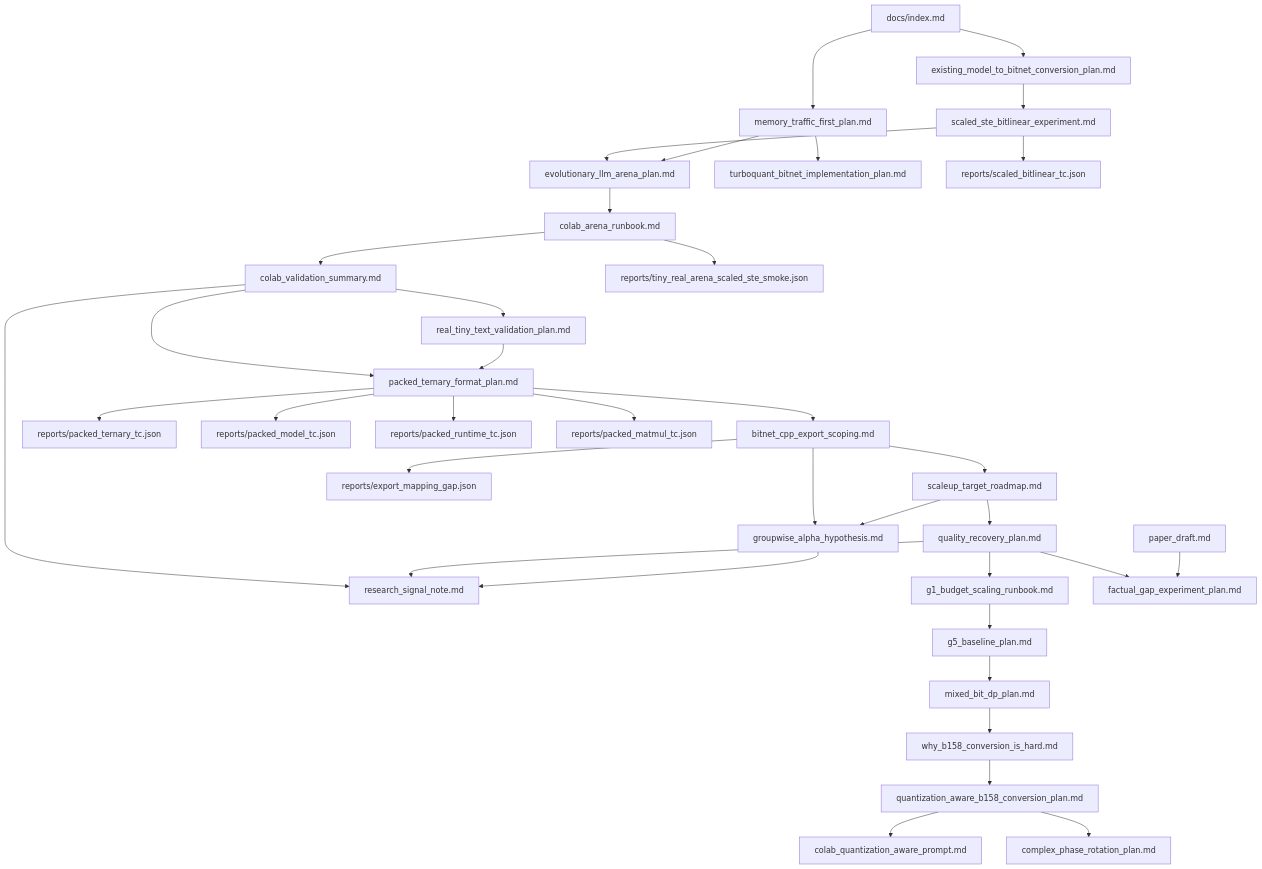
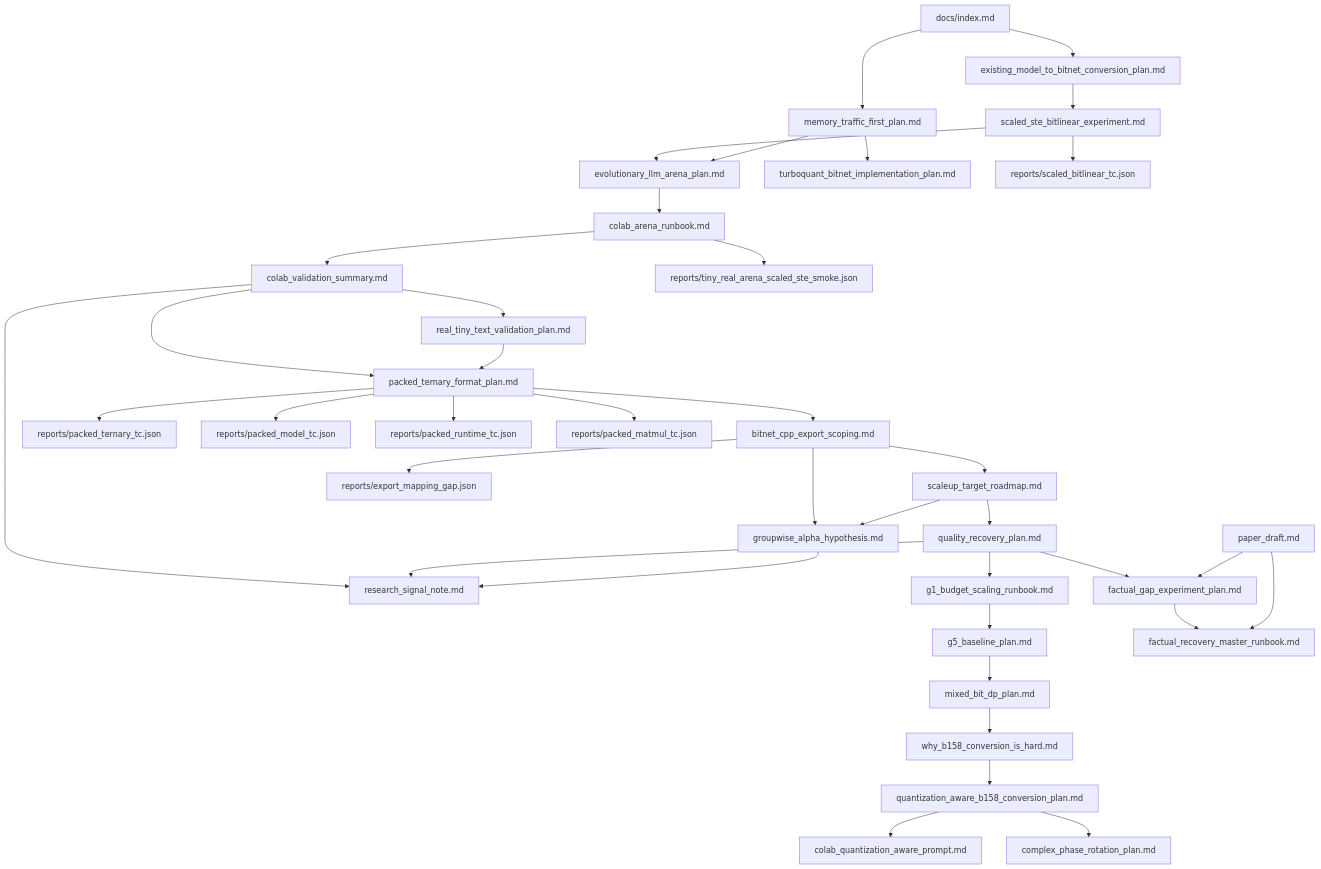
Before and after one commit to gtpk/BitNet-Transformers: the diagram in docs/index.md, drawn with Mermaid. The commit also changed other lines of this file and 2 other files, not shown here.

Commit message:
Plan factual recovery execution runbook

````diff
--- a/docs/index.md
+++ b/docs/index.md
@@ -232,38 +234,40 @@
 ```mermaid
 flowchart TD
   A["docs/index.md"] --> B["memory_traffic_first_plan.md"]
   A --> C["existing_model_to_bitnet_conversion_plan.md"]
   C --> D["scaled_ste_bitlinear_experiment.md"]
   D --> E["evolutionary_llm_arena_plan.md"]
   E --> F["colab_arena_runbook.md"]
   F --> J["colab_validation_summary.md"]
   J --> K["real_tiny_text_validation_plan.md"]
   J --> L["research_signal_note.md"]
   J --> M["packed_ternary_format_plan.md"]
   K --> M["packed_ternary_format_plan.md"]
   M --> R["bitnet_cpp_export_scoping.md"]
   R --> U["scaleup_target_roadmap.md"]
   U --> V["quality_recovery_plan.md"]
   V --> W["g1_budget_scaling_runbook.md"]
   W --> X["g5_baseline_plan.md"]
   X --> Y["mixed_bit_dp_plan.md"]
   Y --> Z["why_b158_conversion_is_hard.md"]
   Z --> QA["quantization_aware_b158_conversion_plan.md"]
   QA --> QP["colab_quantization_aware_prompt.md"]
   QA --> PR["complex_phase_rotation_plan.md"]
   V --> FG["factual_gap_experiment_plan.md"]
+  FG --> FR["factual_recovery_master_runbook.md"]
   PD["paper_draft.md"] --> FG
+  PD --> FR
   R --> T["groupwise_alpha_hypothesis.md"]
   U --> T
   V --> L
   T --> L
   B --> E
   B --> G["turboquant_bitnet_implementation_plan.md"]
   F --> H["reports/tiny_real_arena_scaled_ste_smoke.json"]
   D --> I["reports/scaled_bitlinear_tc.json"]
   M --> N["reports/packed_ternary_tc.json"]
   M --> O["reports/packed_model_tc.json"]
   M --> P["reports/packed_runtime_tc.json"]
   M --> Q["reports/packed_matmul_tc.json"]
   R --> S["reports/export_mapping_gap.json"]
 ```
````
